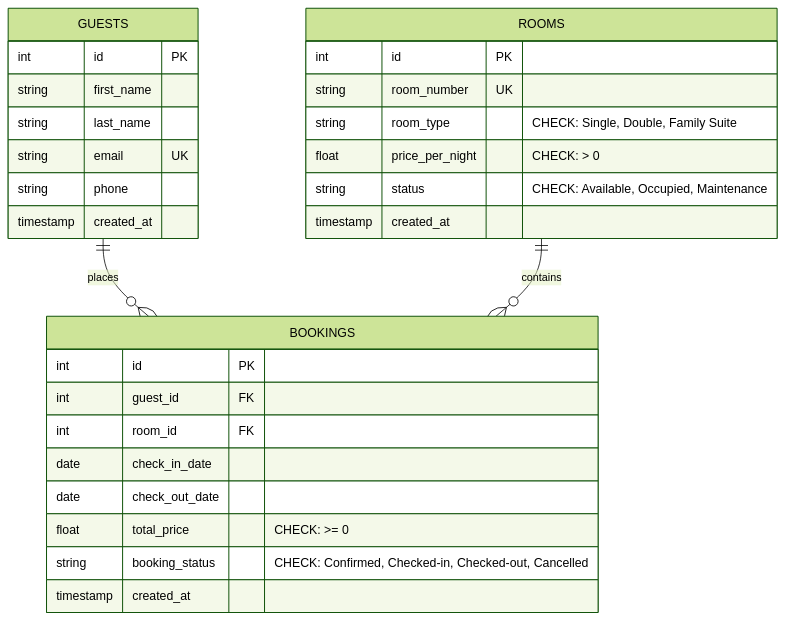
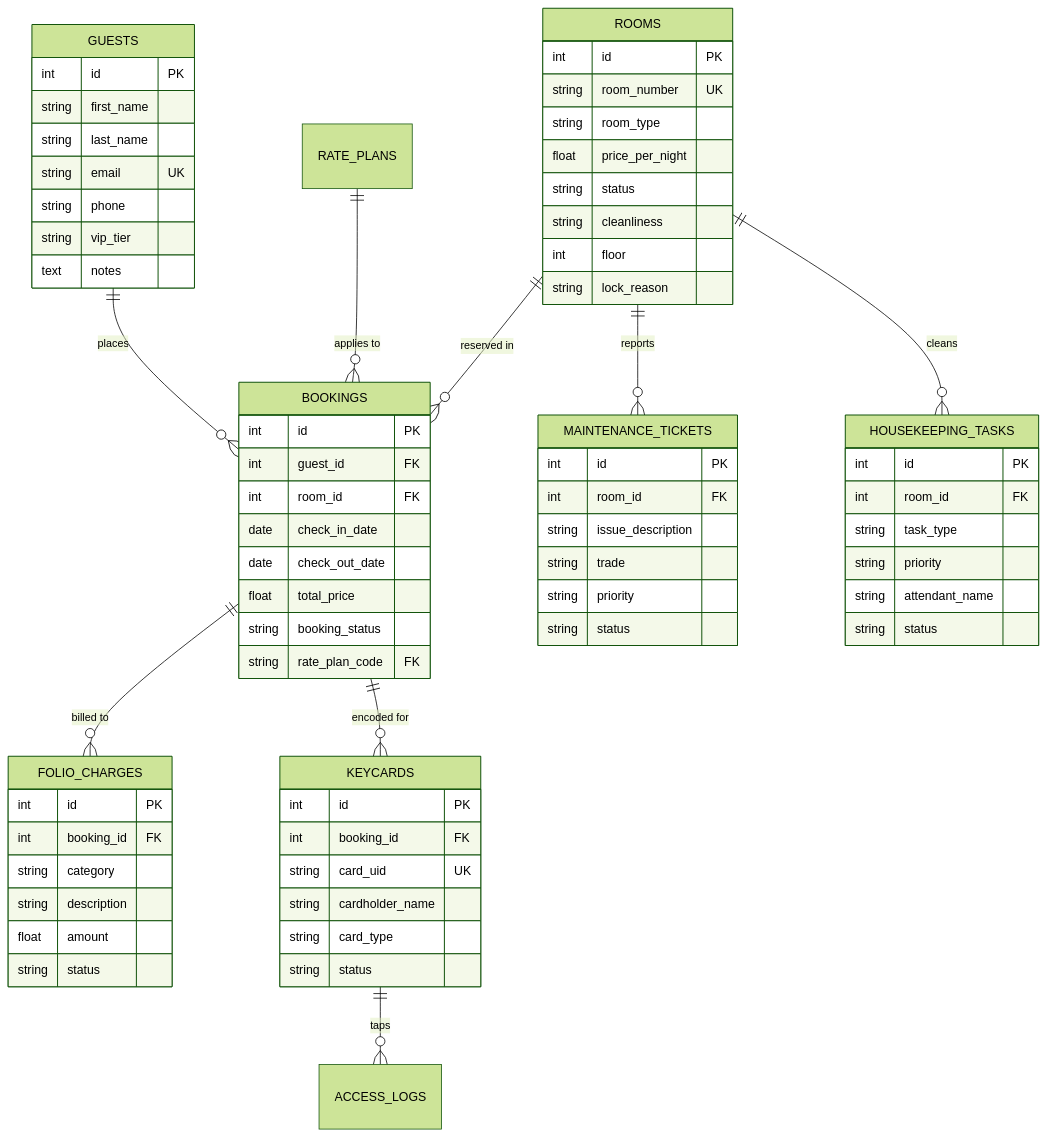
The second of 2 diagrams in README.md (connect2waqas/grand-horizon-pms), drawn with Mermaid (forest theme) before and after one commit. The commit also changed other lines of this file and 6 other files, not shown here.

````diff
--- a/README.md
+++ b/README.md
@@ -31,34 +120,79 @@
 ```mermaid
 erDiagram
-    GUESTS ||--o{ BOOKINGS : places
-    ROOMS ||--o{ BOOKINGS : contains
+    GUESTS ||--o{ BOOKINGS : "places"
+    ROOMS ||--o{ BOOKINGS : "reserved in"
+    RATE_PLANS ||--o{ BOOKINGS : "applies to"
+    BOOKINGS ||--o{ FOLIO_CHARGES : "billed to"
+    BOOKINGS ||--o{ KEYCARDS : "encoded for"
+    ROOMS ||--o{ MAINTENANCE_TICKETS : "reports"
+    ROOMS ||--o{ HOUSEKEEPING_TASKS : "cleans"
+    KEYCARDS ||--o{ ACCESS_LOGS : "taps"
 
     GUESTS {
         int id PK
         string first_name
         string last_name
         string email UK
         string phone
-        timestamp created_at
+        string vip_tier
+        text notes
     }
 
     ROOMS {
         int id PK
         string room_number UK
-        string room_type "CHECK: Single, Double, Family Suite"
-        float price_per_night "CHECK: > 0"
-        string status "CHECK: Available, Occupied, Maintenance"
-        timestamp created_at
+        string room_type
+        float price_per_night
+        string status
+        string cleanliness
+        int floor
+        string lock_reason
     }
 
     BOOKINGS {
         int id PK
         int guest_id FK
         int room_id FK
         date check_in_date
         date check_out_date
-        float total_price "CHECK: >= 0"
-        string booking_status "CHECK: Confirmed, Checked-in, Checked-out, Cancelled"
-        timestamp created_at
+        float total_price
+        string booking_status
+        string rate_plan_code FK
+    }
+
+    FOLIO_CHARGES {
+        int id PK
+        int booking_id FK
+        string category
+        string description
+        float amount
+        string status
+    }
+
+    HOUSEKEEPING_TASKS {
+        int id PK
+        int room_id FK
+        string task_type
+        string priority
+        string attendant_name
+        string status
+    }
+
+    MAINTENANCE_TICKETS {
+        int id PK
+        int room_id FK
+        string issue_description
+        string trade
+        string priority
+        string status
+    }
+
+    KEYCARDS {
+        int id PK
+        int booking_id FK
+        string card_uid UK
+        string cardholder_name
+        string card_type
+        string status
     }
 ```
````
